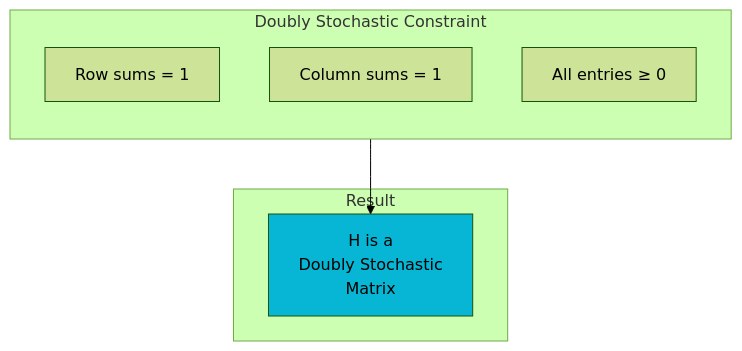
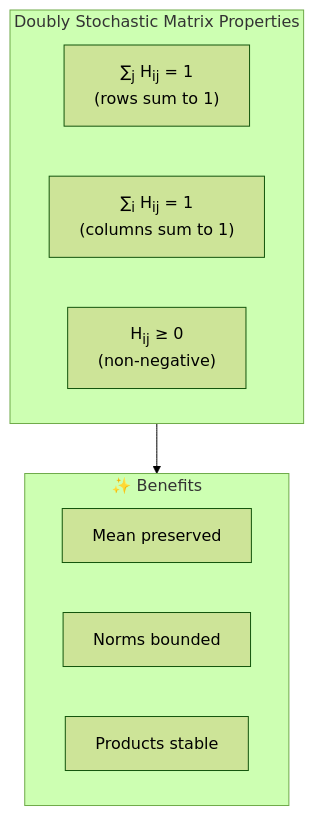
One commit to sandeeppandey456/sandeeppandey456.github.io changed the sixth of 11 diagrams in _posts/2026-01-06-manifold-constrained-hyper-connections.md. Above: the diagram before and after it, drawn with Mermaid (forest theme). The commit also changed other lines of this file, not shown here.

```diff
--- a/_posts/2026-01-06-manifold-constrained-hyper-connections.md
+++ b/_posts/2026-01-06-manifold-constrained-hyper-connections.md
@@ -231,17 +324,16 @@
 <div class="mermaid">
-flowchart TB
-    subgraph Constraint["Doubly Stochastic Constraint"]
-        direction TB
-        R1["Row sums = 1"] 
-        R2["Column sums = 1"]
-        R3["All entries ≥ 0"]
+graph TB
+    subgraph DS["Doubly Stochastic Matrix Properties"]
+        P1["∑<sub>j</sub> H<sub>ij</sub> = 1<br/>(rows sum to 1)"]
+        P2["∑<sub>i</sub> H<sub>ij</sub> = 1<br/>(columns sum to 1)"]
+        P3["H<sub>ij</sub> ≥ 0<br/>(non-negative)"]
     end
     
-    subgraph Result["Result"]
-        M["H is a<br/>Doubly Stochastic<br/>Matrix"]
+    subgraph Benefits["✨ Benefits"]
+        B1["Mean preserved"]
+        B2["Norms bounded"]
+        B3["Products stable"]
     end
     
-    Constraint --> M
-    
-    style M fill:#06b6d4
+    DS --> Benefits
 </div>
```
